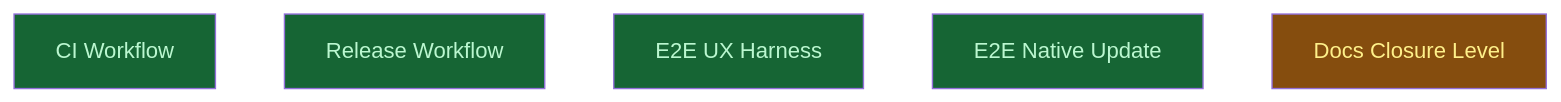
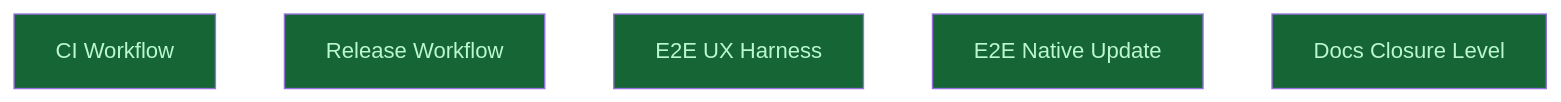
The diagram in __roadmap__/update-flow-hardening/next/README.md (LittleCoinCoin/sift), drawn with Mermaid before and after one commit. The commit also changed other lines of this file and 4 other files, not shown here.

First line of the commit message:
rdm(update-flow-hardening): close the campaign

````diff
--- a/__roadmap__/update-flow-hardening/next/README.md
+++ b/__roadmap__/update-flow-hardening/next/README.md
@@ -23,13 +23,13 @@
 ```mermaid
 graph TD
     ci_workflow[CI Workflow]:::done
     release_workflow[Release Workflow]:::done
     e2e_ui[E2E UX Harness]:::done
     e2e_native[E2E Native Update]:::done
-    next[Docs Closure Level]:::inprogress
+    next[Docs Closure Level]:::done
     classDef done       fill:#166534,color:#bbf7d0
     classDef inprogress fill:#854d0e,color:#fef08a
     classDef planned    fill:#374151,color:#e5e7eb
     classDef amendment  fill:#1e3a5f,color:#bfdbfe
     classDef blocked    fill:#7f1d1d,color:#fecaca
 ```
````
